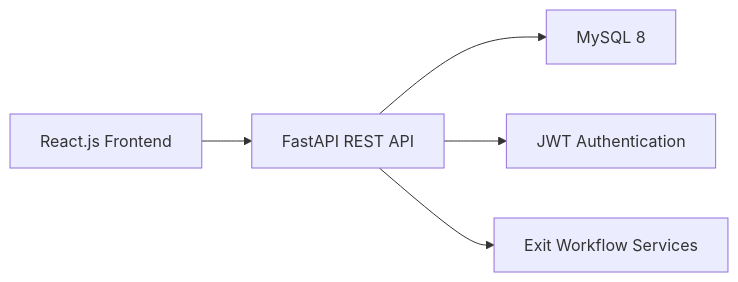
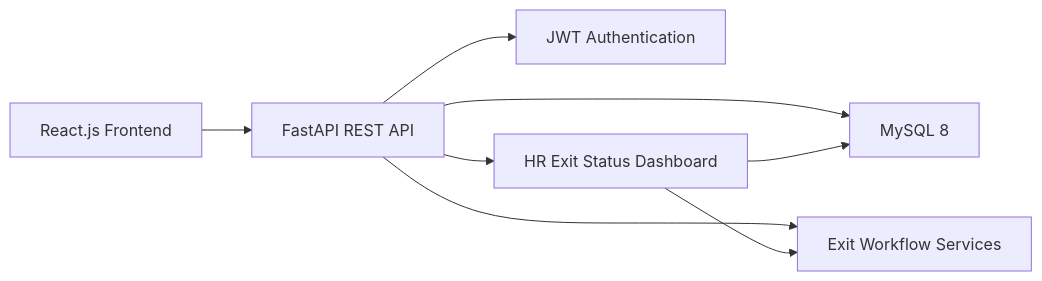
One commit to Gopiga-2006/employee-exit-management-system changed the diagram in docs/diagrams/system-architecture.mmd. Above: the diagram before and after it, drawn with Mermaid.

Commit message:
docs(architecture): include status dashboard

```diff
--- a/docs/diagrams/system-architecture.mmd
+++ b/docs/diagrams/system-architecture.mmd
@@ -1,5 +1,8 @@
 flowchart LR
-    Client[React.js Frontend] --> API[FastAPI REST API]
-    API --> DB[MySQL 8]
-    API --> Auth[JWT Authentication]
-    API --> Workflow[Exit Workflow Services]
+    F[React.js Frontend] --> A[FastAPI REST API]
+    A --> D[MySQL 8]
+    A --> J[JWT Authentication]
+    A --> E[Exit Workflow Services]
+    A --> H[HR Exit Status Dashboard]
+    H --> D
+    H --> E
```
